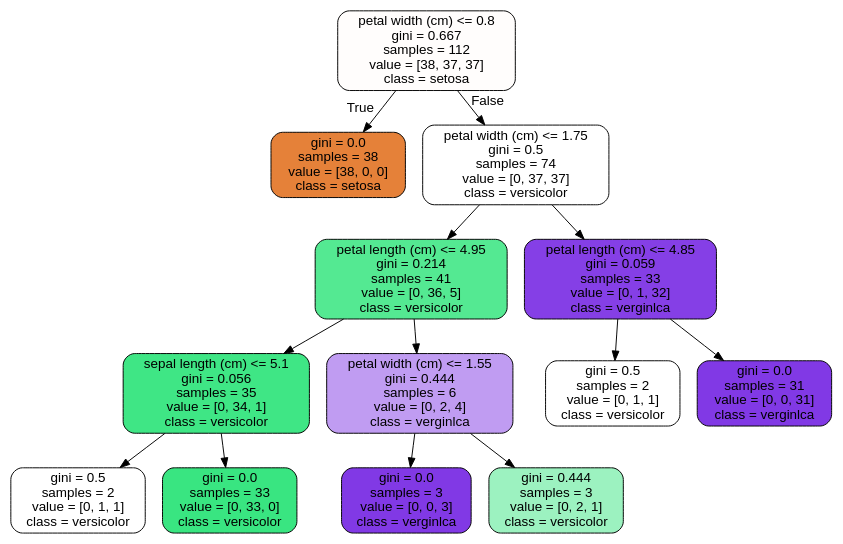
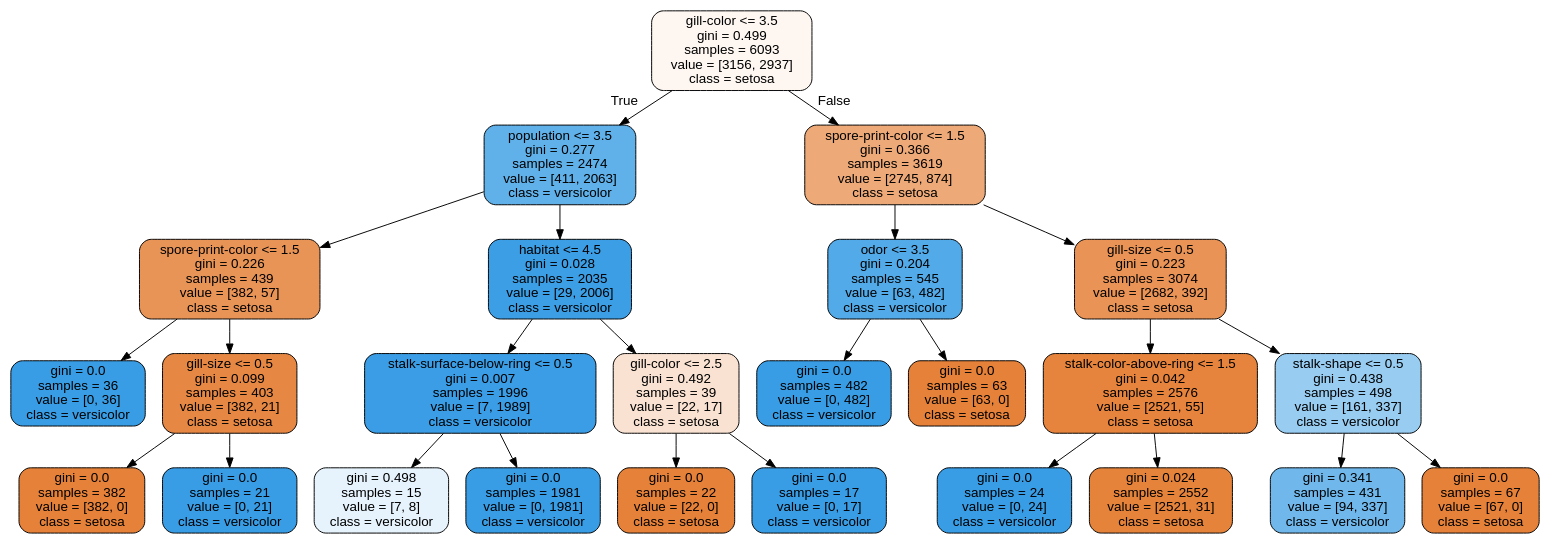
The diagram in M_L/Day07_0903/tree.dot (simin196/KDT6), drawn with Graphviz before and after one commit. The commit also changed 37 other files, not shown here.

```diff
--- a/M_L/Day07_0903/tree.dot
+++ b/M_L/Day07_0903/tree.dot
@@ -1,29 +1,53 @@
 digraph Tree {
 node [shape=box, style="filled, rounded", color="black", fontname="helvetica"] ;
 edge [fontname="helvetica"] ;
-0 [label="petal width (cm) <= 0.8\ngini = 0.667\nsamples = 112\nvalue = [38, 37, 37]\nclass = setosa", fillcolor="#fffdfc"] ;
-1 [label="gini = 0.0\nsamples = 38\nvalue = [38, 0, 0]\nclass = setosa", fillcolor="#e58139"] ;
+0 [label="gill-color <= 3.5\ngini = 0.499\nsamples = 6093\nvalue = [3156, 2937]\nclass = setosa", fillcolor="#fdf6f1"] ;
+1 [label="population <= 3.5\ngini = 0.277\nsamples = 2474\nvalue = [411, 2063]\nclass = versicolor", fillcolor="#60b1ea"] ;
 0 -> 1 [labeldistance=2.5, labelangle=45, headlabel="True"] ;
-2 [label="petal width (cm) <= 1.75\ngini = 0.5\nsamples = 74\nvalue = [0, 37, 37]\nclass = versicolor", fillcolor="#ffffff"] ;
-0 -> 2 [labeldistance=2.5, labelangle=-45, headlabel="False"] ;
-3 [label="petal length (cm) <= 4.95\ngini = 0.214\nsamples = 41\nvalue = [0, 36, 5]\nclass = versicolor", fillcolor="#54e992"] ;
+2 [label="spore-print-color <= 1.5\ngini = 0.226\nsamples = 439\nvalue = [382, 57]\nclass = setosa", fillcolor="#e99457"] ;
+1 -> 2 ;
+3 [label="gini = 0.0\nsamples = 36\nvalue = [0, 36]\nclass = versicolor", fillcolor="#399de5"] ;
 2 -> 3 ;
-4 [label="sepal length (cm) <= 5.1\ngini = 0.056\nsamples = 35\nvalue = [0, 34, 1]\nclass = versicolor", fillcolor="#3fe685"] ;
-3 -> 4 ;
-5 [label="gini = 0.5\nsamples = 2\nvalue = [0, 1, 1]\nclass = versicolor", fillcolor="#ffffff"] ;
+4 [label="gill-size <= 0.5\ngini = 0.099\nsamples = 403\nvalue = [382, 21]\nclass = setosa", fillcolor="#e68844"] ;
+2 -> 4 ;
+5 [label="gini = 0.0\nsamples = 382\nvalue = [382, 0]\nclass = setosa", fillcolor="#e58139"] ;
 4 -> 5 ;
-6 [label="gini = 0.0\nsamples = 33\nvalue = [0, 33, 0]\nclass = versicolor", fillcolor="#39e581"] ;
+6 [label="gini = 0.0\nsamples = 21\nvalue = [0, 21]\nclass = versicolor", fillcolor="#399de5"] ;
 4 -> 6 ;
-7 [label="petal width (cm) <= 1.55\ngini = 0.444\nsamples = 6\nvalue = [0, 2, 4]\nclass = verginlca", fillcolor="#c09cf2"] ;
-3 -> 7 ;
-8 [label="gini = 0.0\nsamples = 3\nvalue = [0, 0, 3]\nclass = verginlca", fillcolor="#8139e5"] ;
+7 [label="habitat <= 4.5\ngini = 0.028\nsamples = 2035\nvalue = [29, 2006]\nclass = versicolor", fillcolor="#3c9ee5"] ;
+1 -> 7 ;
+8 [label="stalk-surface-below-ring <= 0.5\ngini = 0.007\nsamples = 1996\nvalue = [7, 1989]\nclass = versicolor", fillcolor="#3a9de5"] ;
 7 -> 8 ;
-9 [label="gini = 0.444\nsamples = 3\nvalue = [0, 2, 1]\nclass = versicolor", fillcolor="#9cf2c0"] ;
-7 -> 9 ;
-10 [label="petal length (cm) <= 4.85\ngini = 0.059\nsamples = 33\nvalue = [0, 1, 32]\nclass = verginlca", fillcolor="#853fe6"] ;
-2 -> 10 ;
-11 [label="gini = 0.5\nsamples = 2\nvalue = [0, 1, 1]\nclass = versicolor", fillcolor="#ffffff"] ;
-10 -> 11 ;
-12 [label="gini = 0.0\nsamples = 31\nvalue = [0, 0, 31]\nclass = verginlca", fillcolor="#8139e5"] ;
-10 -> 12 ;
+9 [label="gini = 0.498\nsamples = 15\nvalue = [7, 8]\nclass = versicolor", fillcolor="#e6f3fc"] ;
+8 -> 9 ;
+10 [label="gini = 0.0\nsamples = 1981\nvalue = [0, 1981]\nclass = versicolor", fillcolor="#399de5"] ;
+8 -> 10 ;
+11 [label="gill-color <= 2.5\ngini = 0.492\nsamples = 39\nvalue = [22, 17]\nclass = setosa", fillcolor="#f9e2d2"] ;
+7 -> 11 ;
+12 [label="gini = 0.0\nsamples = 22\nvalue = [22, 0]\nclass = setosa", fillcolor="#e58139"] ;
+11 -> 12 ;
+13 [label="gini = 0.0\nsamples = 17\nvalue = [0, 17]\nclass = versicolor", fillcolor="#399de5"] ;
+11 -> 13 ;
+14 [label="spore-print-color <= 1.5\ngini = 0.366\nsamples = 3619\nvalue = [2745, 874]\nclass = setosa", fillcolor="#eda978"] ;
+0 -> 14 [labeldistance=2.5, labelangle=-45, headlabel="False"] ;
+15 [label="odor <= 3.5\ngini = 0.204\nsamples = 545\nvalue = [63, 482]\nclass = versicolor", fillcolor="#53aae8"] ;
+14 -> 15 ;
+16 [label="gini = 0.0\nsamples = 482\nvalue = [0, 482]\nclass = versicolor", fillcolor="#399de5"] ;
+15 -> 16 ;
+17 [label="gini = 0.0\nsamples = 63\nvalue = [63, 0]\nclass = setosa", fillcolor="#e58139"] ;
+15 -> 17 ;
+18 [label="gill-size <= 0.5\ngini = 0.223\nsamples = 3074\nvalue = [2682, 392]\nclass = setosa", fillcolor="#e99356"] ;
+14 -> 18 ;
+19 [label="stalk-color-above-ring <= 1.5\ngini = 0.042\nsamples = 2576\nvalue = [2521, 55]\nclass = setosa", fillcolor="#e6843d"] ;
+18 -> 19 ;
+20 [label="gini = 0.0\nsamples = 24\nvalue = [0, 24]\nclass = versicolor", fillcolor="#399de5"] ;
+19 -> 20 ;
+21 [label="gini = 0.024\nsamples = 2552\nvalue = [2521, 31]\nclass = setosa", fillcolor="#e5833b"] ;
+19 -> 21 ;
+22 [label="stalk-shape <= 0.5\ngini = 0.438\nsamples = 498\nvalue = [161, 337]\nclass = versicolor", fillcolor="#98ccf1"] ;
+18 -> 22 ;
+23 [label="gini = 0.341\nsamples = 431\nvalue = [94, 337]\nclass = versicolor", fillcolor="#70b8ec"] ;
+22 -> 23 ;
+24 [label="gini = 0.0\nsamples = 67\nvalue = [67, 0]\nclass = setosa", fillcolor="#e58139"] ;
+22 -> 24 ;
 }
```
